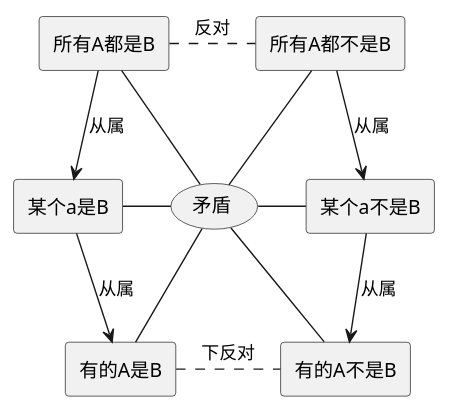
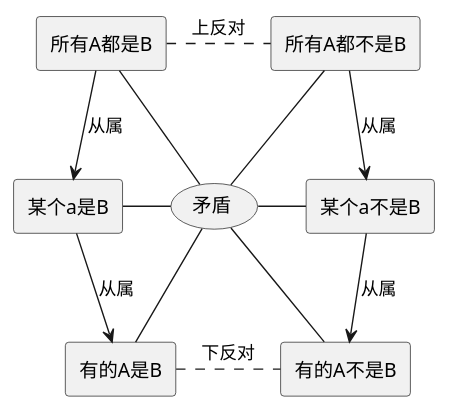
Before and after one commit to holmofy/blog.hufeifei.cn: the third of 5 diagrams in source/_posts/logic/logic.md, drawn with PlantUML. The commit also changed other lines of this file, not shown here.

````diff
--- a/source/_posts/logic/logic.md
+++ b/source/_posts/logic/logic.md
@@ -62,23 +62,23 @@
 ```plantuml
 @startuml
 skinparam componentStyle rectangle
 
-[所有A都是B] . [所有A都不是B]:反对
+[所有A都是B] . [所有A都不是B]:上反对
 [所有A都是B] -- (矛盾)
 (矛盾) -- [有的A不是B]
 [所有A都不是B] -- (矛盾)
 (矛盾) -- [有的A是B]
 [有的A是B] . [有的A不是B]:下反对
 [所有A都是B] --> [某个a是B]:从属
 [某个a是B] --> [有的A是B]:从属
 [所有A都不是B] --> [某个a不是B]:从属
 [某个a不是B] --> [有的A不是B]:从属
 [某个a是B] --right-- (矛盾)
 (矛盾) --right-- [某个a不是B]
 
 [某个a是B]-[hidden]-(a)
 [某个a不是B]-[hidden]-(b)
 hide a
 hide b
 @enduml
 ```
````
